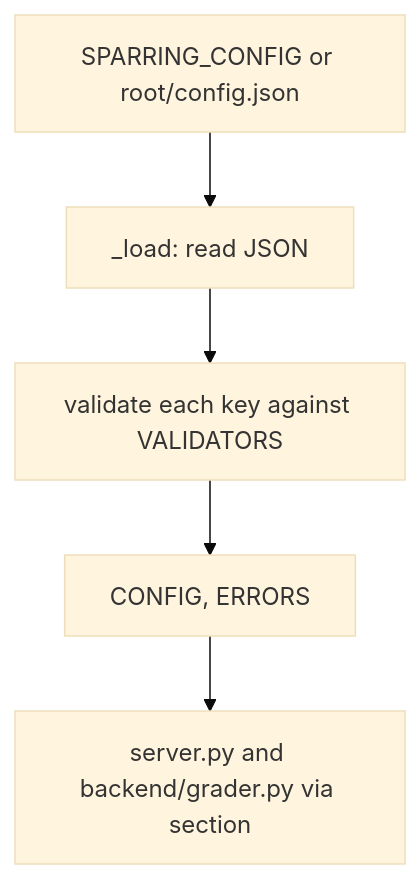
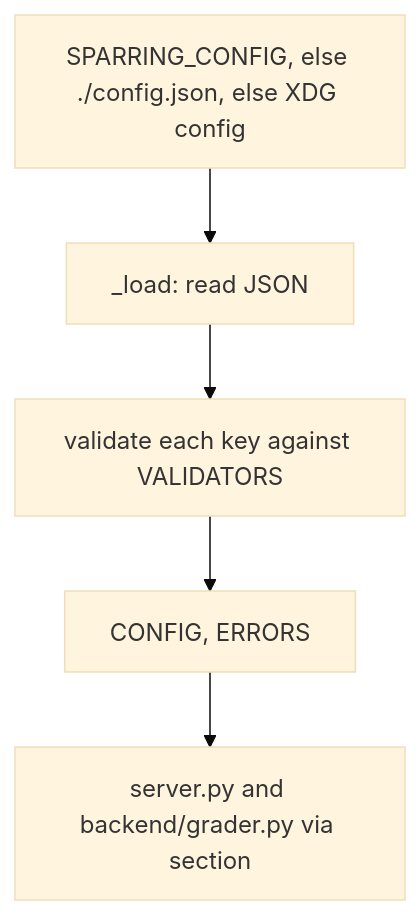
The diagram in docs/specs/2026-11-03_SP-CONFIG_settings.md (jwfaye/sparring), drawn with Mermaid (base theme) before and after one commit. The commit also changed other lines of this file and 15 other files, not shown here.

````diff
--- a/docs/specs/2026-11-03_SP-CONFIG_settings.md
+++ b/docs/specs/2026-11-03_SP-CONFIG_settings.md
@@ -99,7 +112,7 @@
 ```mermaid
 flowchart TD
-    A[SPARRING_CONFIG or root/config.json] --> B[_load: read JSON]
+    A[SPARRING_CONFIG, else ./config.json, else XDG config] --> B[_load: read JSON]
     B --> C[validate each key against VALIDATORS]
     C --> D[CONFIG, ERRORS]
     D --> E[server.py and backend/grader.py via section]
 ```
````
